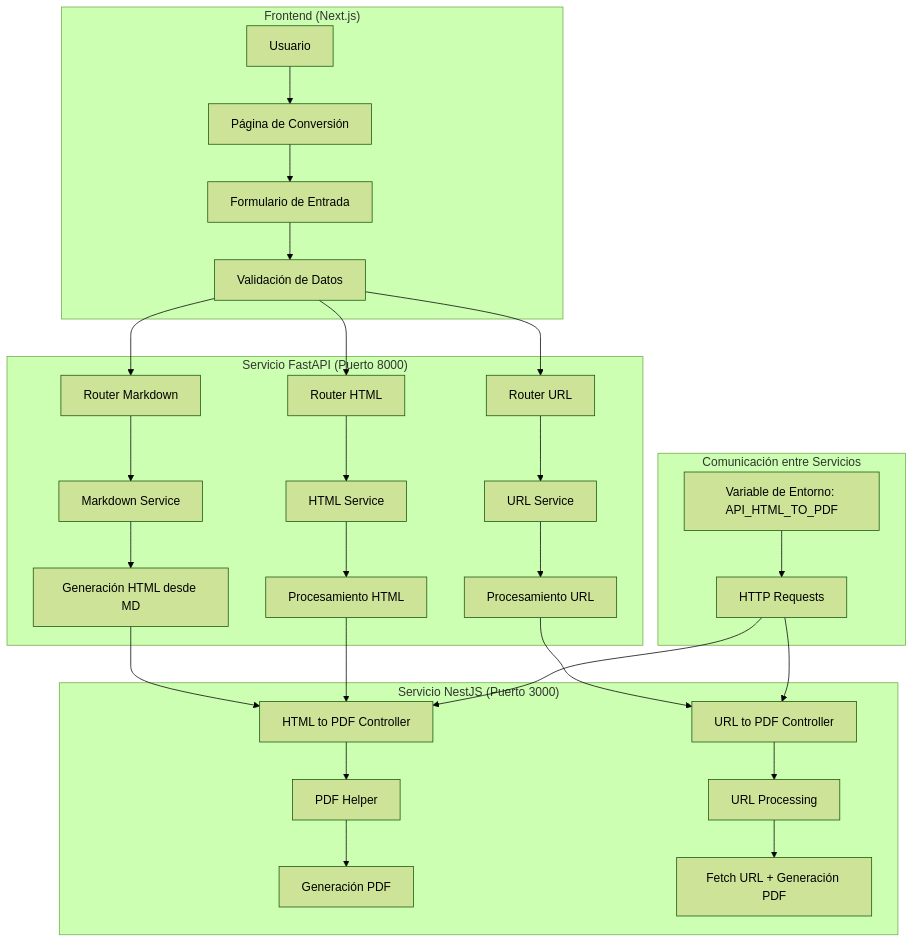
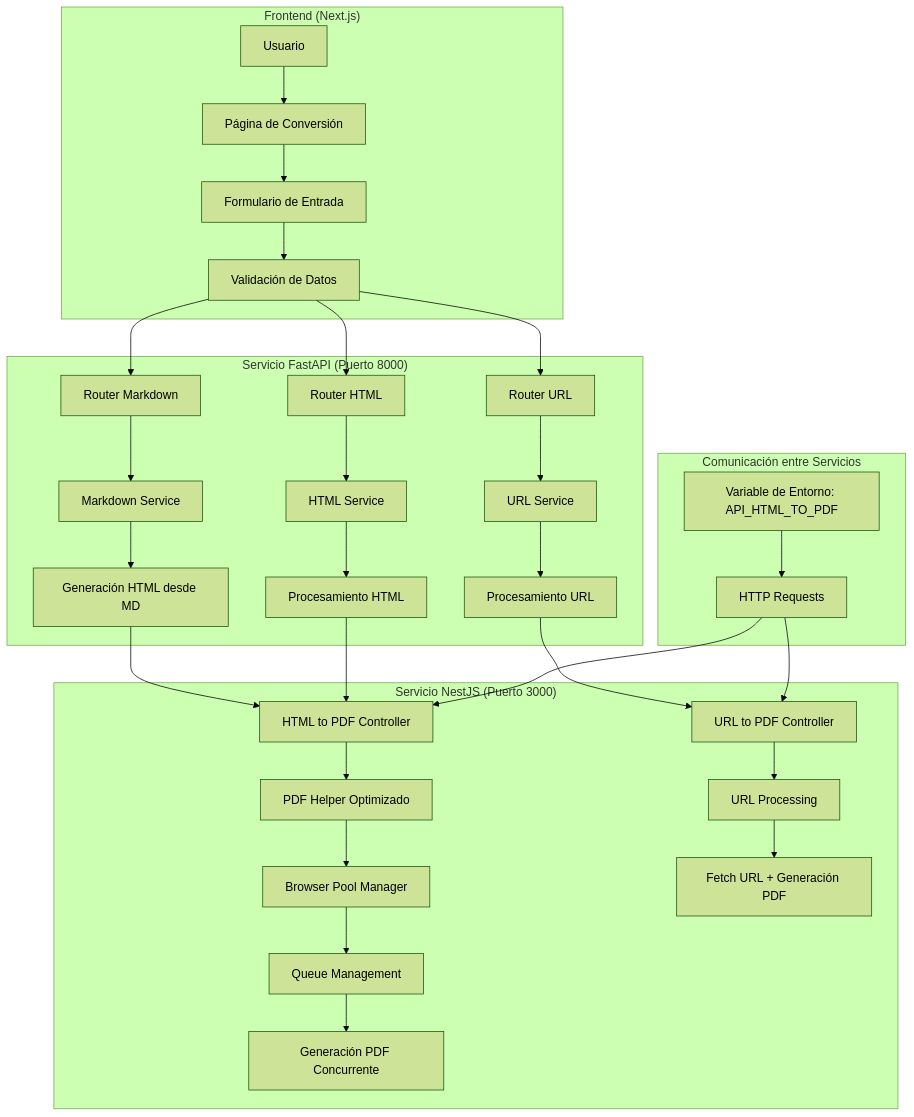
One commit to luissince/md-html-to-pdf changed the first of 4 diagrams in README.md. Above: the diagram before and after it, drawn with Mermaid (forest theme). The commit also changed other lines of this file and 1 other file, not shown here.

````diff
--- a/README.md
+++ b/README.md
@@ -27,44 +62,47 @@
 ```mermaid
 graph TB
     subgraph "Frontend (Next.js)"
         A[Usuario] --> B[Página de Conversión]
         B --> C[Formulario de Entrada]
         C --> D[Validación de Datos]
     end
 
     subgraph "Servicio FastAPI (Puerto 8000)"
         E[Router Markdown] --> F[Markdown Service]
         G[Router HTML] --> H[HTML Service]
         I[Router URL] --> J[URL Service]
         
         F --> K[Generación HTML desde MD]
         H --> L[Procesamiento HTML]
         J --> M[Procesamiento URL]
     end
 
     subgraph "Servicio NestJS (Puerto 3000)"
-        N[HTML to PDF Controller] --> O[PDF Helper]
+        N[HTML to PDF Controller] --> O[PDF Helper Optimizado]
         P[URL to PDF Controller] --> Q[URL Processing]
         
-        O --> R[Generación PDF]
+        O --> R[Browser Pool Manager]
         Q --> S[Fetch URL + Generación PDF]
+        
+        R --> T[Queue Management]
+        T --> U[Generación PDF Concurrente]
     end
 
     subgraph "Comunicación entre Servicios"
-        T[Variable de Entorno: API_HTML_TO_PDF]
-        U[HTTP Requests]
+        V[Variable de Entorno: API_HTML_TO_PDF]
+        W[HTTP Requests]
     end
 
     %% Flujos de comunicación
     D --> E
     D --> G
     D --> I
     
     K --> N
     L --> N
     M --> P
     
-    T --> U
-    U --> N
-    U --> P
+    V --> W
+    W --> N
+    W --> P
 ```
````
